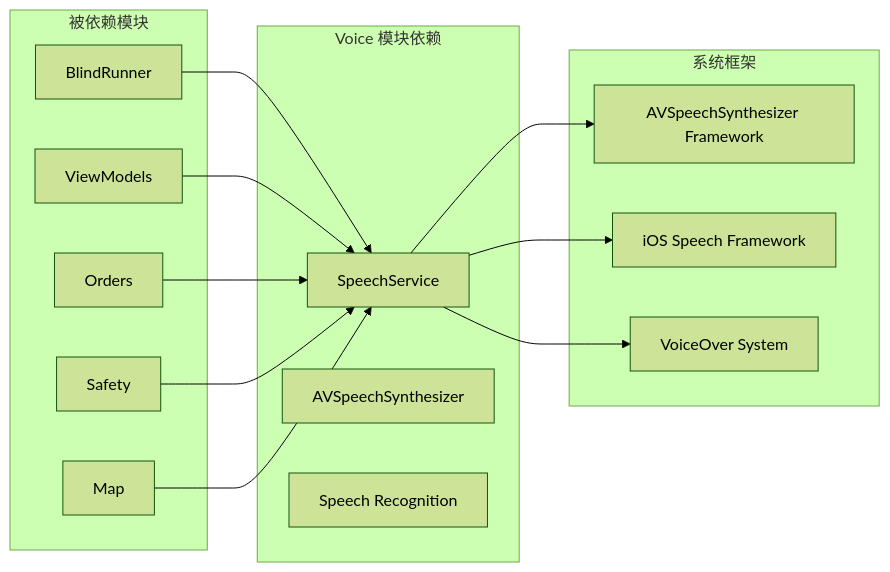
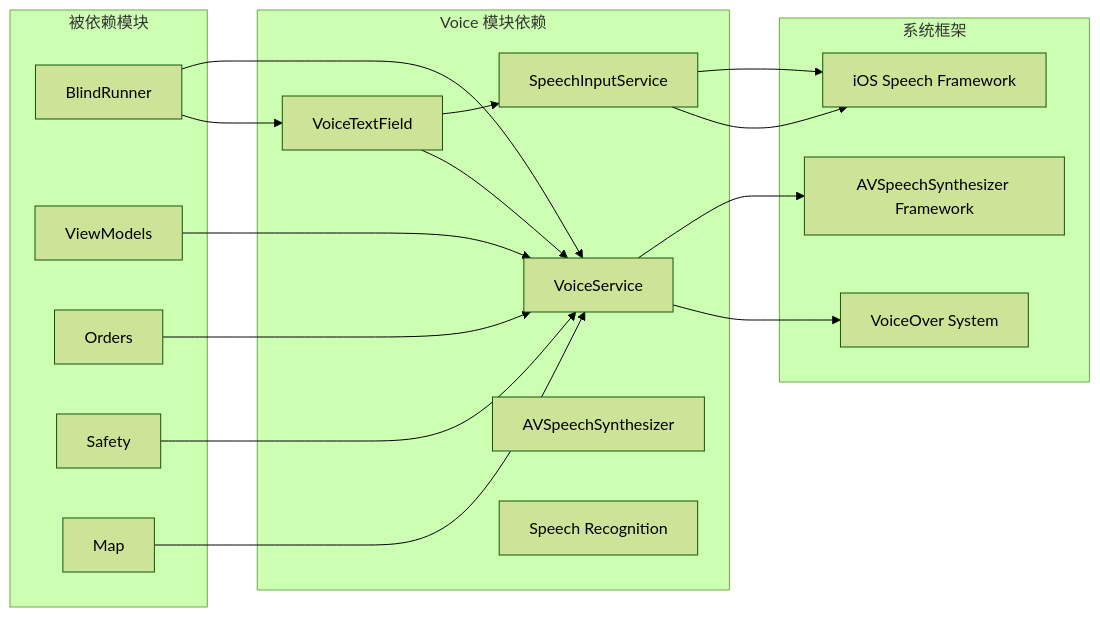
Before and after one commit to Jayden23018/blind-run-ios: the ninth of 11 diagrams in .qoder/repowiki/zh/content/架构设计/模块化架构设计/Voice 语音模块.md, drawn with Mermaid (forest theme). The commit also changed other lines of this file and 5 other files, not shown here.

````diff
--- a/.qoder/repowiki/zh/content/架构设计/模块化架构设计/Voice 语音模块.md
+++ b/.qoder/repowiki/zh/content/架构设计/模块化架构设计/Voice 语音模块.md
@@ -319,28 +402,34 @@
 ```mermaid
 graph LR
 subgraph "Voice 模块依赖"
-SS[SpeechService]
+VS[VoiceService]
+SIS[SpeechInputService]
+VTF[VoiceTextField]
 TTS[AVSpeechSynthesizer]
 SI[Speech Recognition]
 end
 subgraph "被依赖模块"
 BR[BlindRunner]
 VM[ViewModels]
 ORD[Orders]
 SAF[Safety]
 MAP[Map]
 end
 subgraph "系统框架"
 AVS[AVSpeechSynthesizer Framework]
 SPEECH[iOS Speech Framework]
 VO[VoiceOver System]
 end
-BR --> SS
-VM --> SS
-ORD --> SS
-SAF --> SS
-MAP --> SS
-SS --> AVS
-SS --> SPEECH
-SS --> VO
+BR --> VS
+BR --> VTF
+VM --> VS
+ORD --> VS
+SAF --> VS
+MAP --> VS
+VTF --> SIS
+VTF --> VS
+VS --> AVS
+SIS --> SPEECH
+VS --> VO
+SIS --> SPEECH
 ```
````
